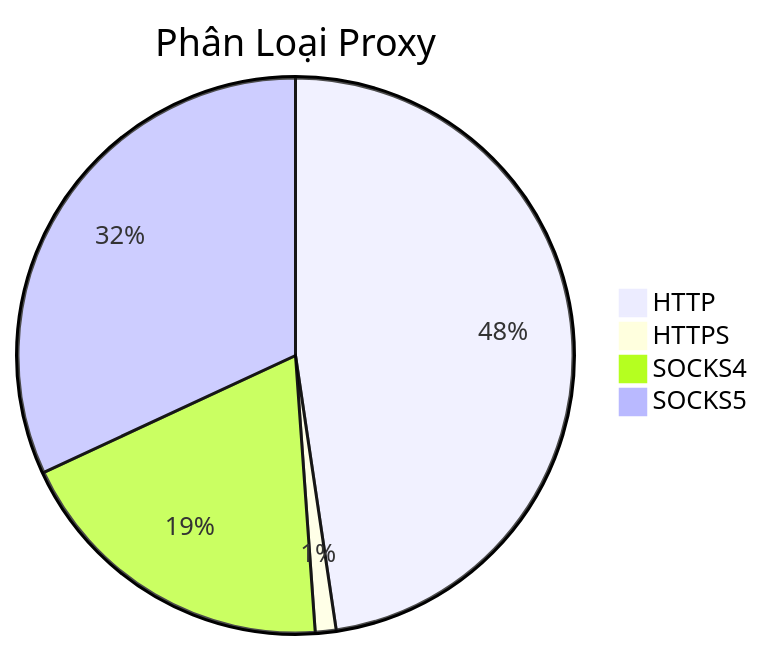
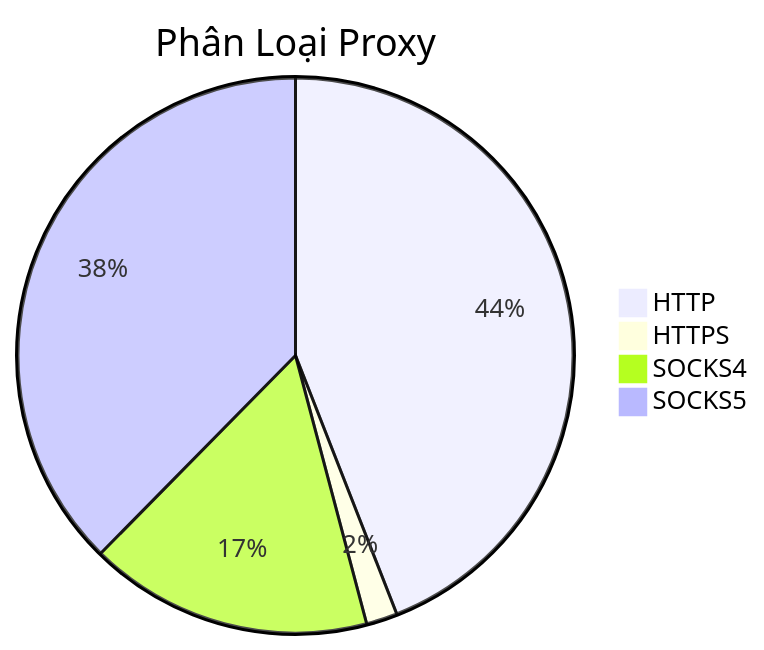
The diagram in README.md (Ciara-Aa/PROXY-free), drawn with Mermaid before and after one commit. The commit also changed other lines of this file and 4 other files, not shown here.

````diff
--- a/README.md
+++ b/README.md
@@ -26,7 +26,7 @@
 ```mermaid
 pie title Phân Loại Proxy
-    "HTTP" : 315
-    "HTTPS" : 8
-    "SOCKS4" : 127
-    "SOCKS5" : 211
+    "HTTP" : 267
+    "HTTPS" : 11
+    "SOCKS4" : 100
+    "SOCKS5" : 228
 ```
````
